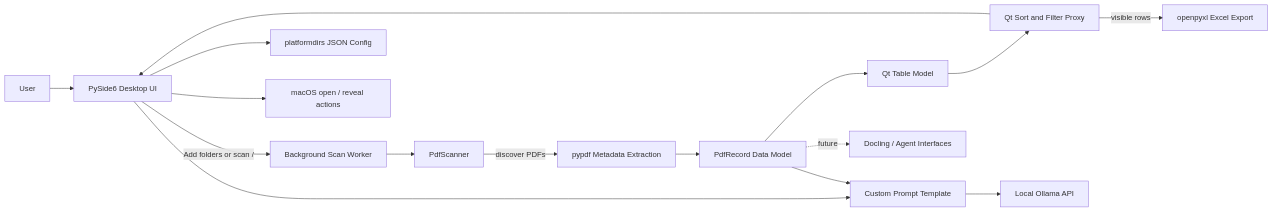
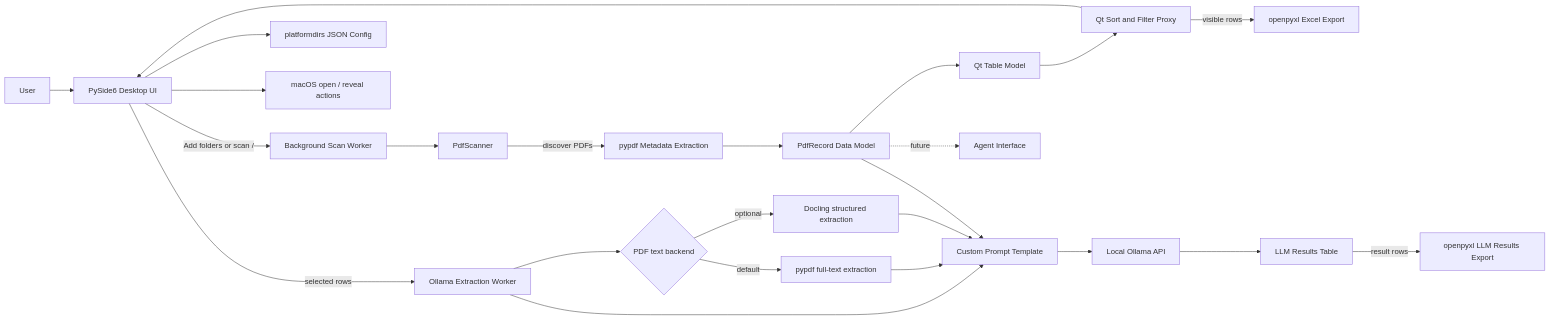
One commit to thomassuedbroecker/pdf_extraction_macos_public_version changed the first of 4 diagrams in README.md. Above: the diagram before and after it, drawn with Mermaid. The commit also changed other lines of this file and 2 other files, not shown here.

Commit message:
update readmes and pkg infos

````diff
--- a/README.md
+++ b/README.md
@@ -98,18 +98,26 @@
 ```mermaid
 flowchart LR
     User[User] --> UI[PySide6 Desktop UI]
     UI -->|Add folders or scan /| Worker[Background Scan Worker]
     Worker --> Scanner[PdfScanner]
     Scanner -->|discover PDFs| Metadata[pypdf Metadata Extraction]
     Metadata --> Record[PdfRecord Data Model]
     Record --> Table[Qt Table Model]
     Table --> Filter[Qt Sort and Filter Proxy]
     Filter --> UI
     Filter -->|visible rows| Export[openpyxl Excel Export]
     UI --> Config[platformdirs JSON Config]
     UI --> Finder[macOS open / reveal actions]
-    UI --> Prompt[Custom Prompt Template]
+    UI -->|selected rows| ExtractionWorker[Ollama Extraction Worker]
+    ExtractionWorker --> TextBackend{PDF text backend}
+    TextBackend -->|default| PdfText[pypdf full-text extraction]
+    TextBackend -->|optional| Docling[Docling structured extraction]
+    ExtractionWorker --> Prompt[Custom Prompt Template]
+    PdfText --> Prompt
+    Docling --> Prompt
+    Record --> Prompt
     Prompt --> Ollama[Local Ollama API]
-    Record --> Prompt
-    Record -. future .-> Integrations[Docling / Agent Interfaces]
+    Ollama --> ResultTable[LLM Results Table]
+    ResultTable -->|result rows| ResultExport[openpyxl LLM Results Export]
+    Record -. future .-> Agent[Agent Interface]
 ```
````
